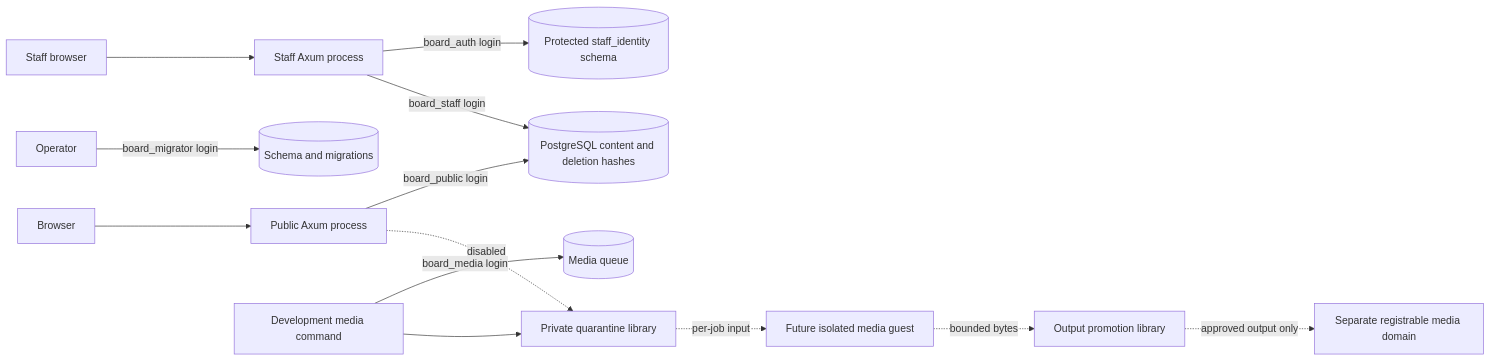
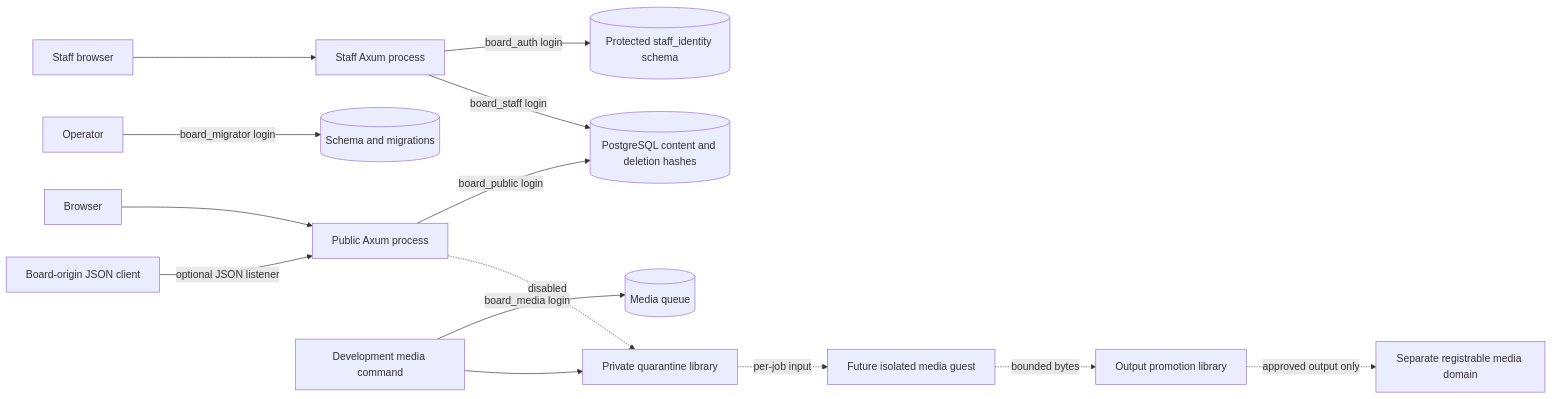
The diagram in docs/architecture.md (frankischilling/26chan), drawn with Mermaid before and after one commit. The commit also changed other lines of this file and 12 other files, not shown here.

Commit message:
Document and verify the separate JSON API listener

````diff
--- a/docs/architecture.md
+++ b/docs/architecture.md
@@ -5,15 +5,16 @@
 ```mermaid
 flowchart LR
   Browser --> Public[Public Axum process]
+  APIClient[Board-origin JSON client] -->|optional JSON listener| Public
   Public -->|board_public login| Content[(PostgreSQL content and deletion hashes)]
   Operator -->|board_migrator login| DB[(Schema and migrations)]
   StaffBrowser[Staff browser] --> Staff[Staff Axum process]
   Staff -->|board_auth login| Identity[(Protected staff_identity schema)]
   Staff -->|board_staff login| Content
   Intake[Development media command] -->|board_media login| Queue[(Media queue)]
   Intake --> Quarantine[Private quarantine library]
   Public -. disabled .-> Quarantine
   Quarantine -. per-job input .-> Worker[Future isolated media guest]
   Worker -. bounded bytes .-> Promotion[Output promotion library]
   Promotion -. approved output only .-> Media[Separate registrable media domain]
 ```
````
